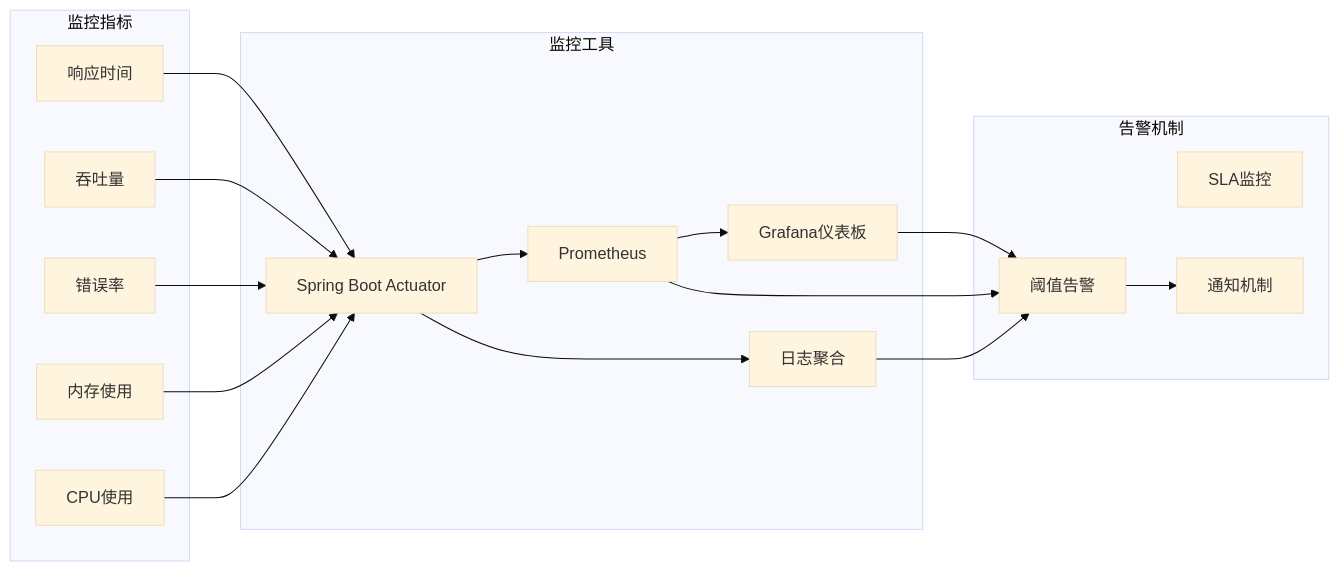
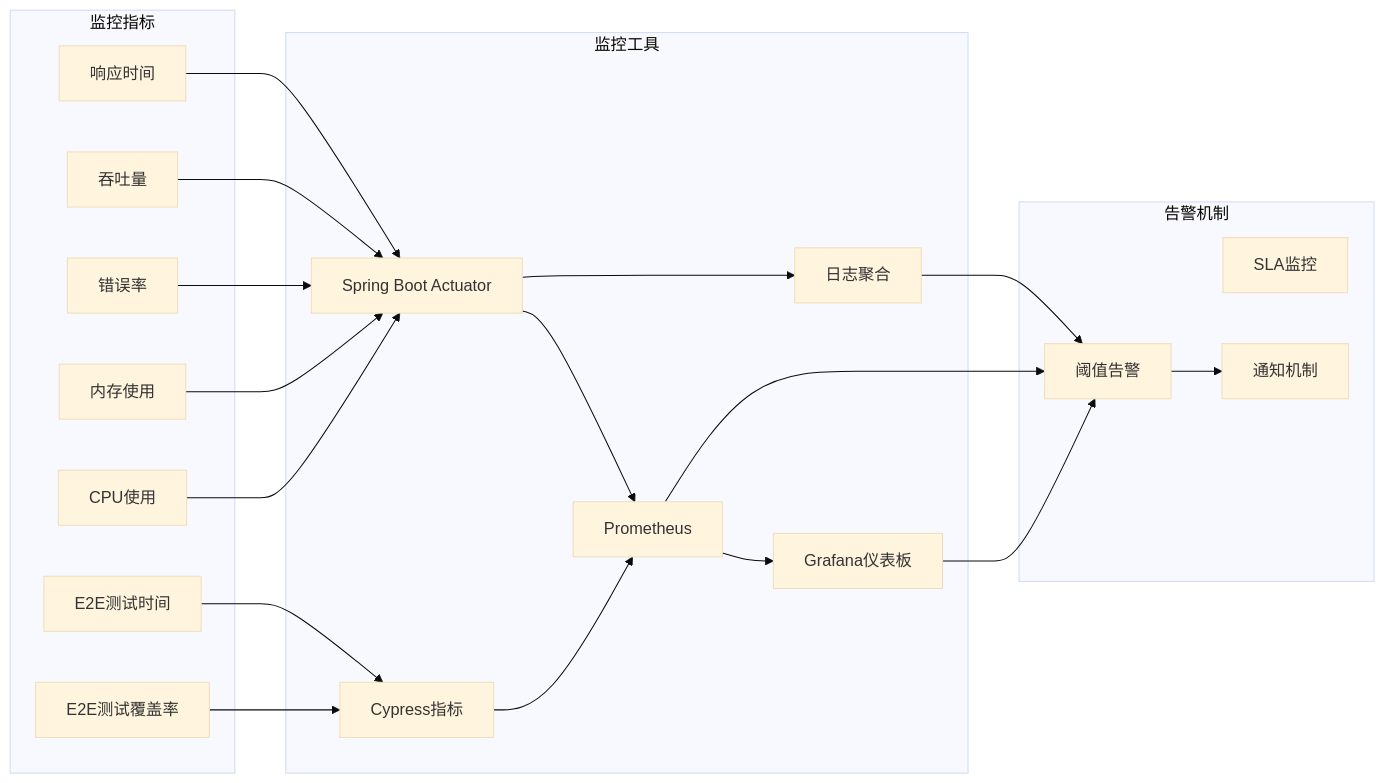
Before and after one commit to liuzh2008/med_ai_assistant_workspace: diagram 16 of 19 in .qoder/repowiki/zh/content/Development Environment Features.md, drawn with Mermaid (base theme). The commit also changed other lines of this file and 3 other files, not shown here.

````diff
--- a/.qoder/repowiki/zh/content/Development Environment Features.md
+++ b/.qoder/repowiki/zh/content/Development Environment Features.md
@@ -511,33 +776,39 @@
 ```mermaid
 graph LR
 subgraph "监控指标"
 RESPONSE_TIME[响应时间]
 THROUGHPUT[吞吐量]
 ERROR_RATE[错误率]
 MEMORY_USAGE[内存使用]
 CPU_USAGE[CPU使用]
+E2E_TEST_TIME[E2E测试时间]
+END_TO_END_TESTS[E2E测试覆盖率]
 end
 subgraph "监控工具"
 ACTUATOR[Spring Boot Actuator]
 PROMETHEUS[Prometheus]
 GRAFANA[Grafana仪表板]
 LOGS[日志聚合]
+CYPRESS_METRICS[Cypress指标]
 end
 subgraph "告警机制"
 THRESHOLD[阈值告警]
 SLA[SLA监控]
 NOTIFICATION[通知机制]
 end
 RESPONSE_TIME --> ACTUATOR
 THROUGHPUT --> ACTUATOR
 ERROR_RATE --> ACTUATOR
 MEMORY_USAGE --> ACTUATOR
 CPU_USAGE --> ACTUATOR
+E2E_TEST_TIME --> CYPRESS_METRICS
+END_TO_END_TESTS --> CYPRESS_METRICS
 ACTUATOR --> PROMETHEUS
 PROMETHEUS --> GRAFANA
 ACTUATOR --> LOGS
+CYPRESS_METRICS --> PROMETHEUS
 GRAFANA --> THRESHOLD
 PROMETHEUS --> THRESHOLD
 LOGS --> THRESHOLD
 THRESHOLD --> NOTIFICATION
 ```
````
